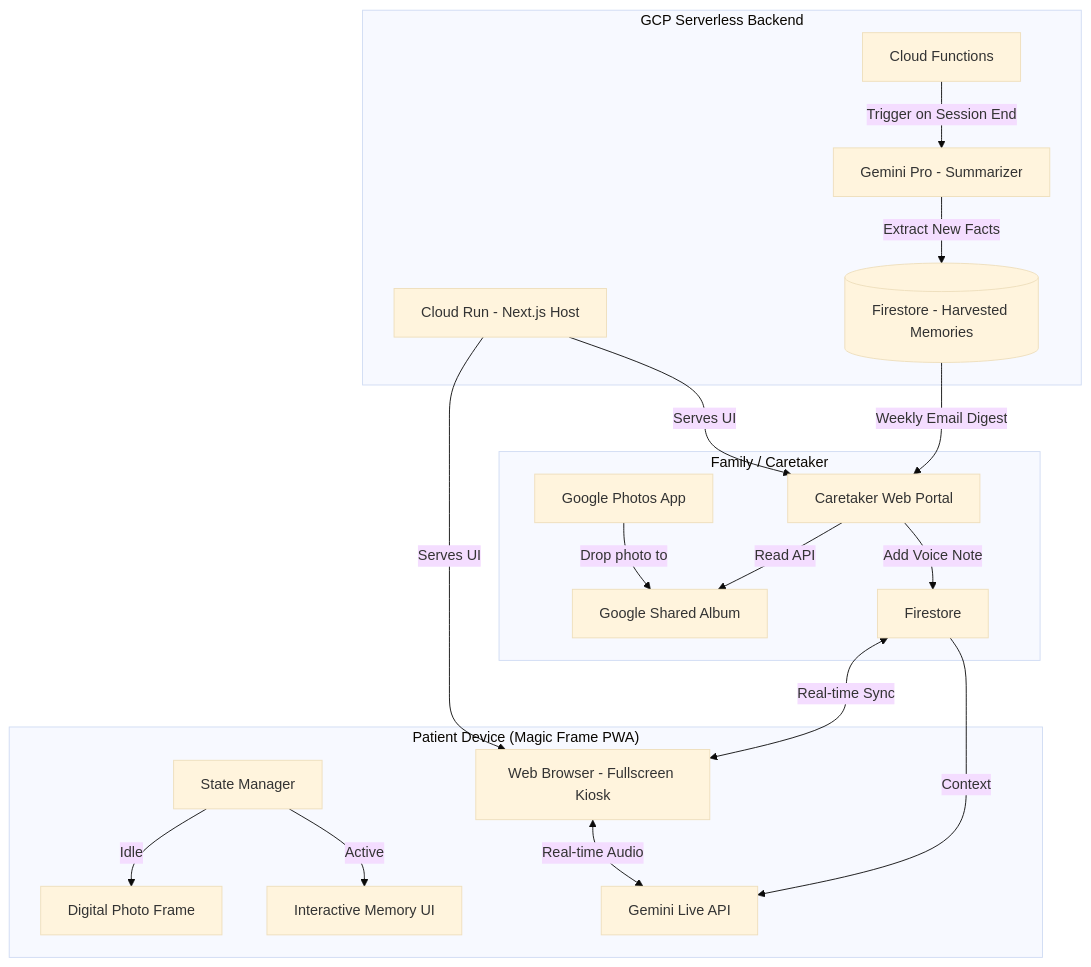
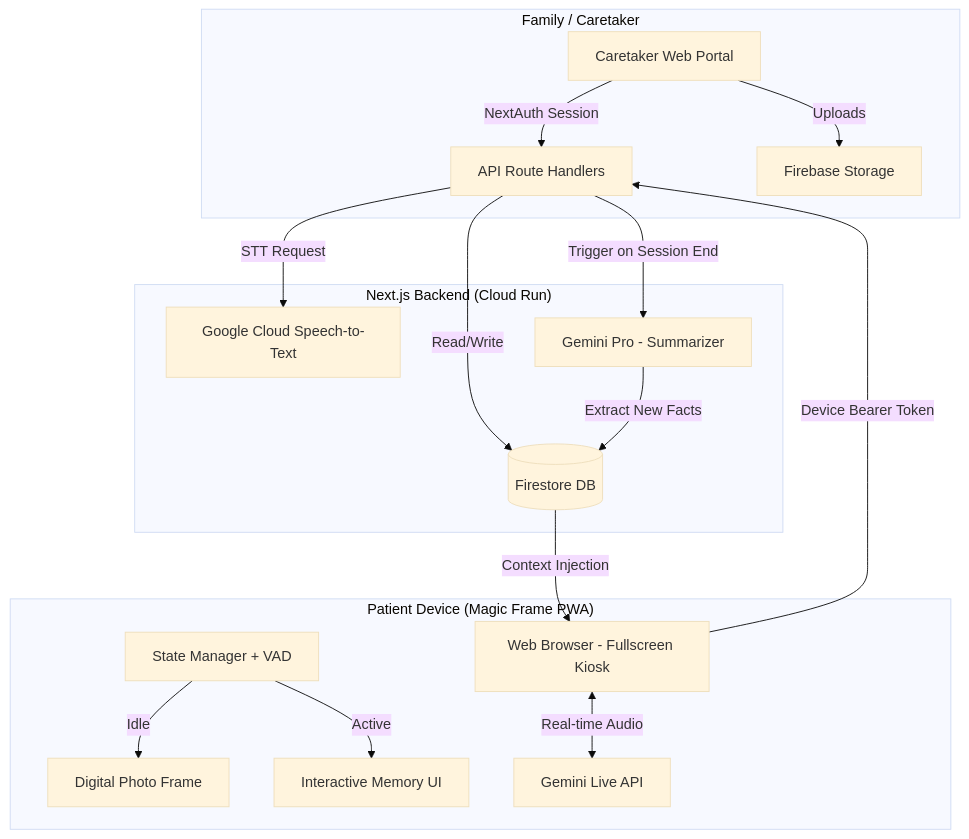
One commit to srathnagiriswaran/Memory-Portal changed the diagram in Plan/02_Architecture.md. Above: the diagram before and after it, drawn with Mermaid (base theme). The commit also changed other lines of this file, not shown here.

First line of the commit message:
Docs: Updated Architecture diagram and text to reflect new Dual-Auth and codebase structure

````diff
--- a/Plan/02_Architecture.md
+++ b/Plan/02_Architecture.md
@@ -22,30 +48,30 @@
 ```mermaid
 graph TD
     subgraph "Family / Caretaker"
-        GPhotos[Google Photos App] -->|Drop photo to| SharedAlbum[Google Shared Album]
-        Studio[Caretaker Web Portal] -->|Read API| SharedAlbum
-        Studio -->|Add Voice Note| Firestore
+        Studio[Caretaker Web Portal] -->|NextAuth Session| API
+        Studio -->|Uploads| FBStorage[Firebase Storage]
     end
 
     subgraph "Patient Device (Magic Frame PWA)"
         Browser[Web Browser - Fullscreen Kiosk]
-        State[State Manager]
+        State[State Manager + VAD]
         
         State -->|Idle| Ambient[Digital Photo Frame]
         State -->|Active| Dynamic[Interactive Memory UI]
         
         Browser <-->|Real-time Audio| GeminiLive[Gemini Live API]
+        Browser -->|Device Bearer Token| API
     end
 
-    subgraph "GCP Serverless Backend"
-        CloudRun[Cloud Run - Next.js Host] -->|Serves UI| Studio
-        CloudRun -->|Serves UI| Browser
+    subgraph "Next.js Backend (Cloud Run)"
+        API[API Route Handlers]
         
-        Firestore -->|Context| GeminiLive
-        Firestore <-->|Real-time Sync| Browser
+        API -->|Read/Write| Firestore[(Firestore DB)]
+        API -->|STT Request| GCP_STT[Google Cloud Speech-to-Text]
+        API -->|Trigger on Session End| GeminiPro[Gemini Pro - Summarizer]
         
-        CloudFunctions[Cloud Functions] -->|Trigger on Session End| GeminiPro[Gemini Pro - Summarizer]
-        GeminiPro -->|Extract New Facts| HarvestDB[(Firestore - Harvested Memories)]
-        HarvestDB -->|Weekly Email Digest| Studio
+        GeminiPro -->|Extract New Facts| Firestore
+        
+        Firestore -->|Context Injection| Browser
     end
 ```
````
